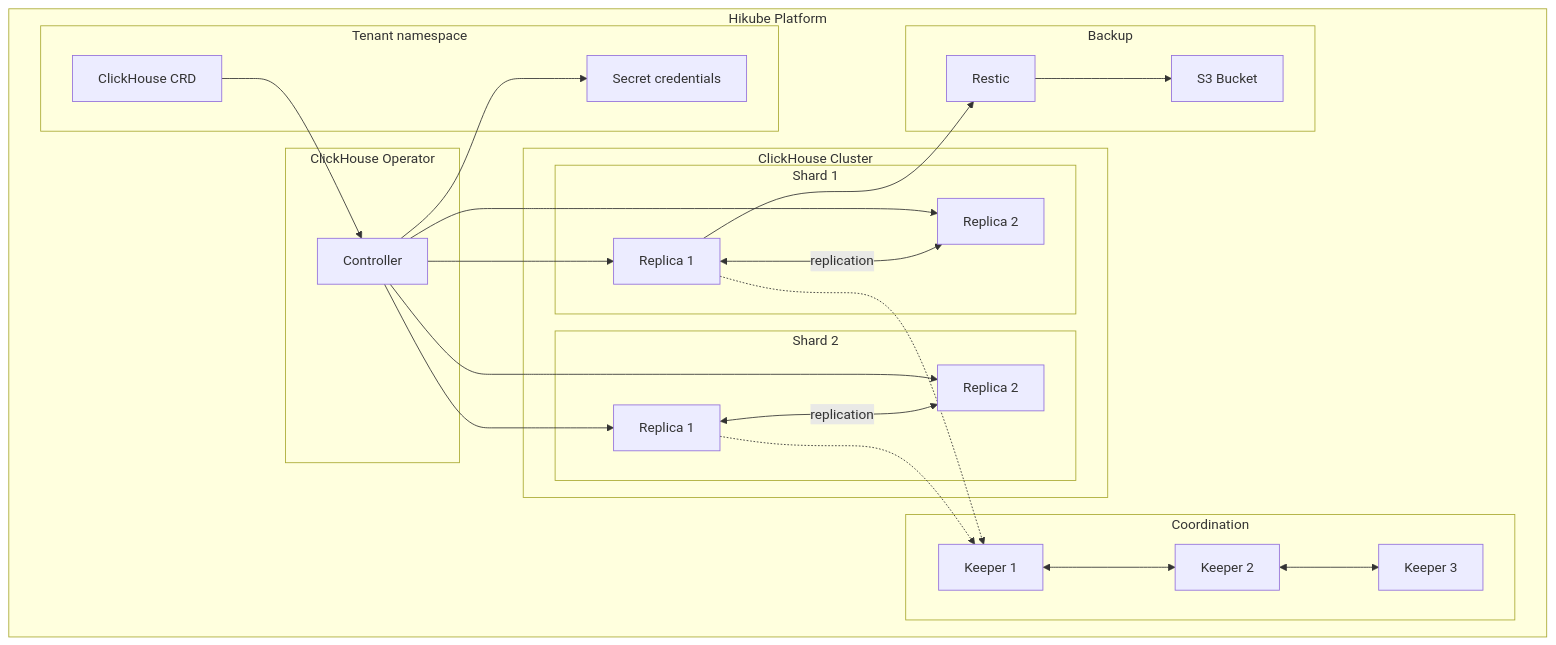
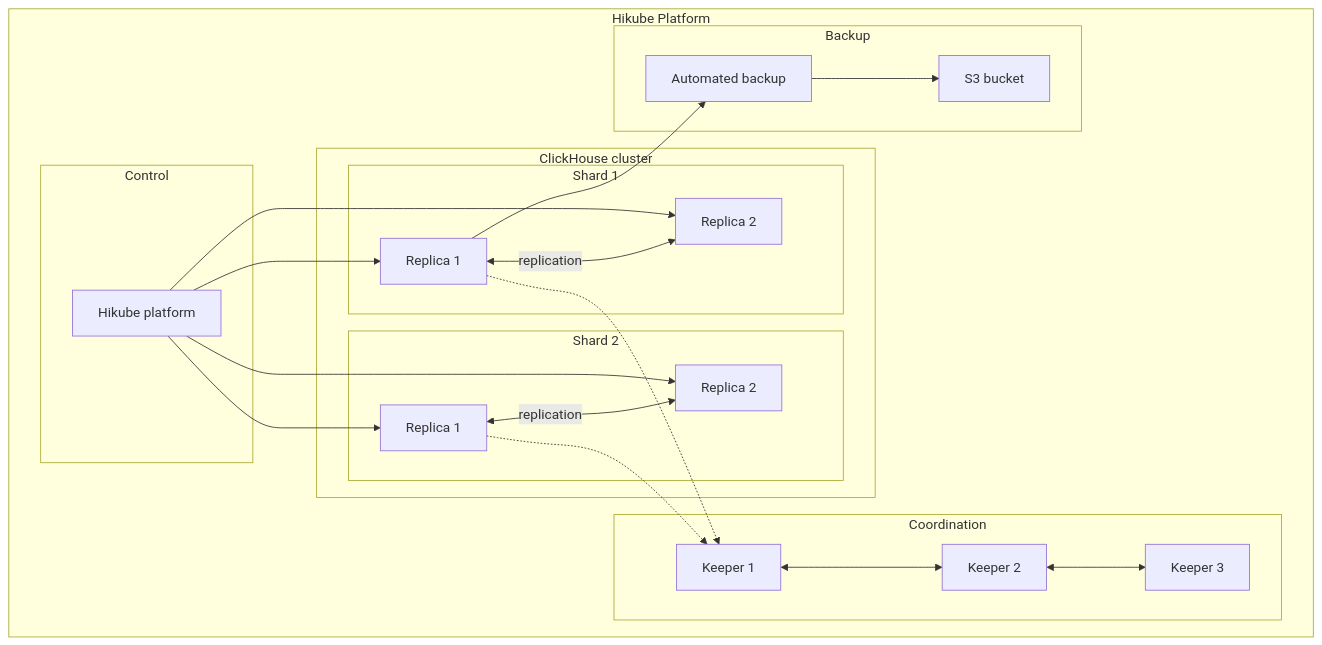
Before and after one commit to HidoraSwiss/hikube-public-doc: the first of 2 diagrams in i18n/en/docusaurus-plugin-content-docs/current/services/databases/clickhouse/concepts.md, drawn with Mermaid. The commit also changed other lines of this file and 148 other files, not shown here.

````diff
--- a/i18n/en/docusaurus-plugin-content-docs/current/services/databases/clickhouse/concepts.md
+++ b/i18n/en/docusaurus-plugin-content-docs/current/services/databases/clickhouse/concepts.md
@@ -12,50 +17,43 @@
 ```mermaid
 graph TB
     subgraph "Hikube Platform"
-        subgraph "Tenant namespace"
-            CR[ClickHouse CRD]
-            SEC[Secret credentials]
+        subgraph "Control"
+            OP[Hikube platform]
         end
 
-        subgraph "ClickHouse Operator"
-            OP[Controller]
-        end
-
-        subgraph "ClickHouse Cluster"
+        subgraph "ClickHouse cluster"
             subgraph "Shard 1"
                 S1R1[Replica 1]
                 S1R2[Replica 2]
             end
             subgraph "Shard 2"
                 S2R1[Replica 1]
                 S2R2[Replica 2]
             end
         end
 
         subgraph "Coordination"
             K1[Keeper 1]
             K2[Keeper 2]
             K3[Keeper 3]
         end
 
         subgraph "Backup"
-            S3[S3 Bucket]
-            RES[Restic]
+            S3[S3 bucket]
+            RES[Automated backup]
         end
     end
 
-    CR --> OP
     OP --> S1R1
     OP --> S1R2
     OP --> S2R1
     OP --> S2R2
     S1R1 <-->|replication| S1R2
     S2R1 <-->|replication| S2R2
     K1 <--> K2
     K2 <--> K3
     S1R1 -.-> K1
     S2R1 -.-> K1
-    OP --> SEC
     S1R1 --> RES
     RES --> S3
 ```
````
